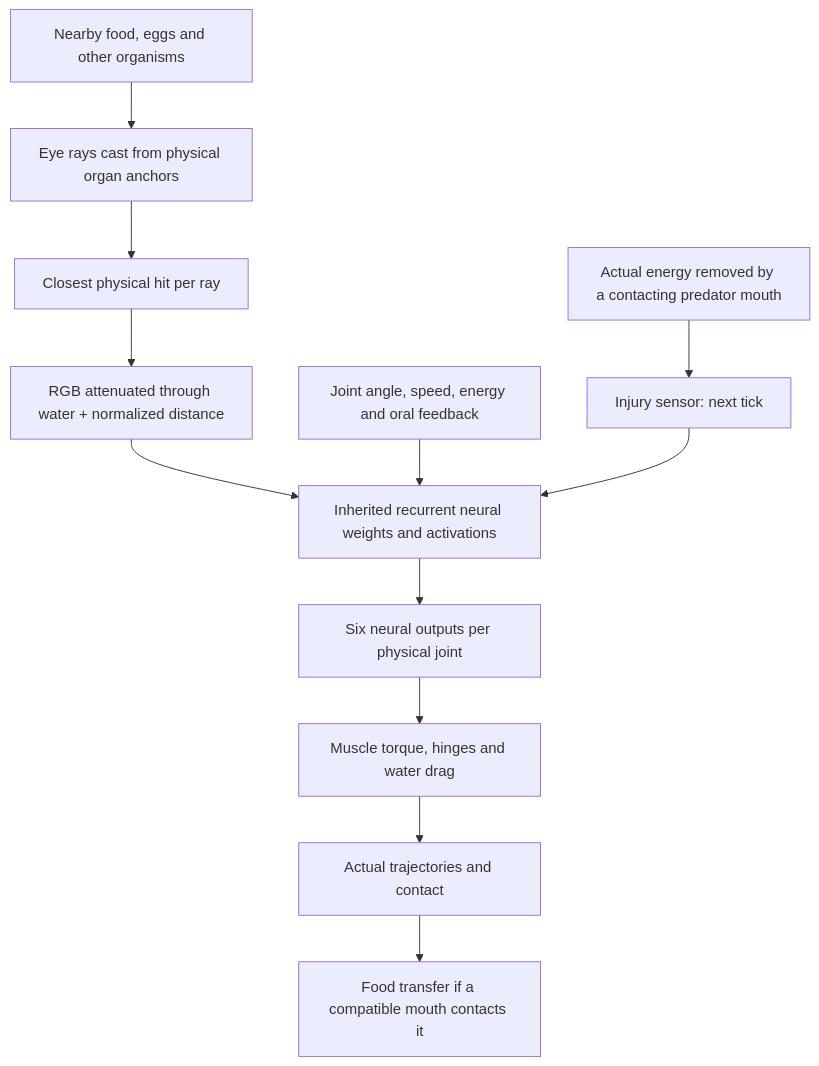
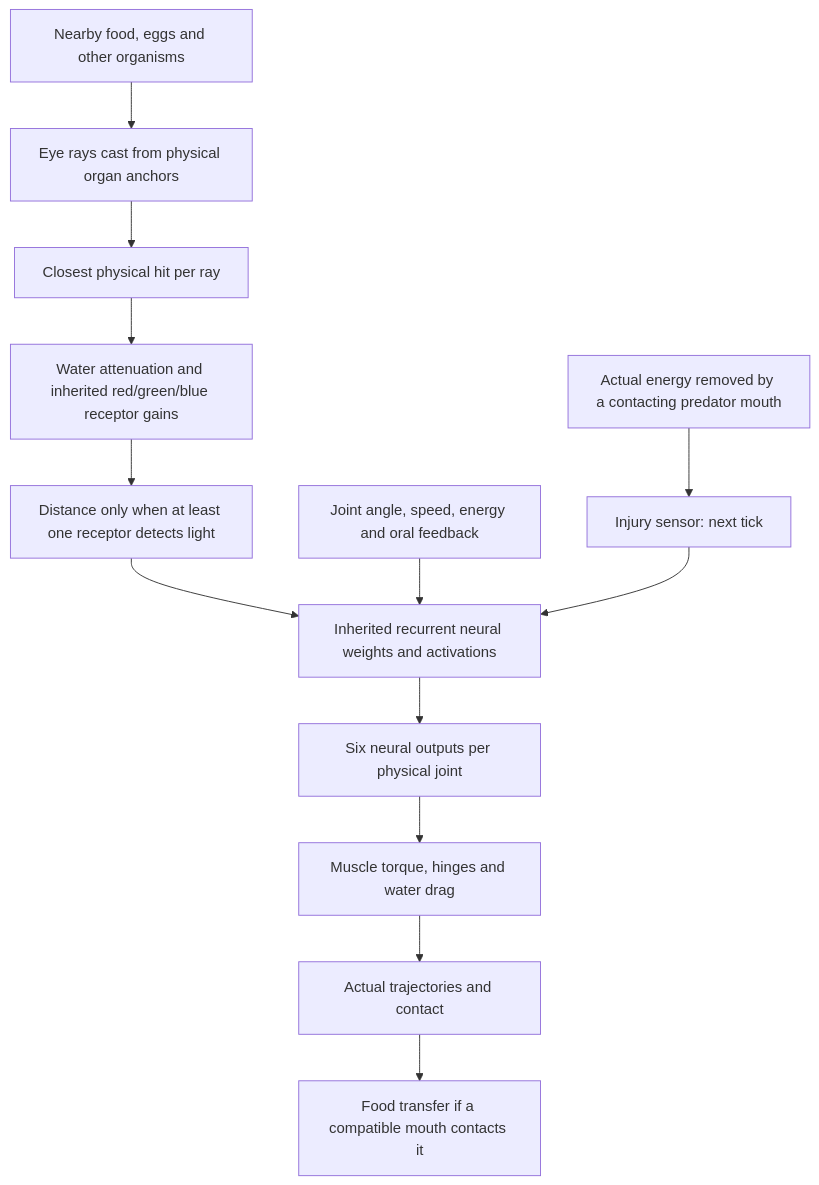
One commit to hernansgarro/vidAI changed the first of 2 diagrams in docs/wiki/Sensory-Behavior.md. Above: the diagram before and after it, drawn with Mermaid. The commit also changed other lines of this file and 5 other files, not shown here.

Commit message:
Test genetic spectral filtering and reconcile original learning roadmap

````diff
--- a/docs/wiki/Sensory-Behavior.md
+++ b/docs/wiki/Sensory-Behavior.md
@@ -7,14 +7,15 @@
 ```mermaid
 flowchart TD
   O[Nearby food, eggs and other organisms] --> R[Eye rays cast from physical organ anchors]
   R --> A[Closest physical hit per ray]
-  A --> C[RGB attenuated through water + normalized distance]
-  C --> N[Inherited recurrent neural weights and activations]
+  A --> C[Water attenuation and inherited red/green/blue receptor gains]
+  C --> D[Distance only when at least one receptor detects light]
+  D --> N[Inherited recurrent neural weights and activations]
   F[Joint angle, speed, energy and oral feedback] --> N
   Bite[Actual energy removed by a contacting predator mouth] --> S[Injury sensor: next tick]
   S --> N
   N --> M[Six neural outputs per physical joint]
   M --> H[Muscle torque, hinges and water drag]
   H --> P[Actual trajectories and contact]
   P --> E[Food transfer if a compatible mouth contacts it]
 ```
````
